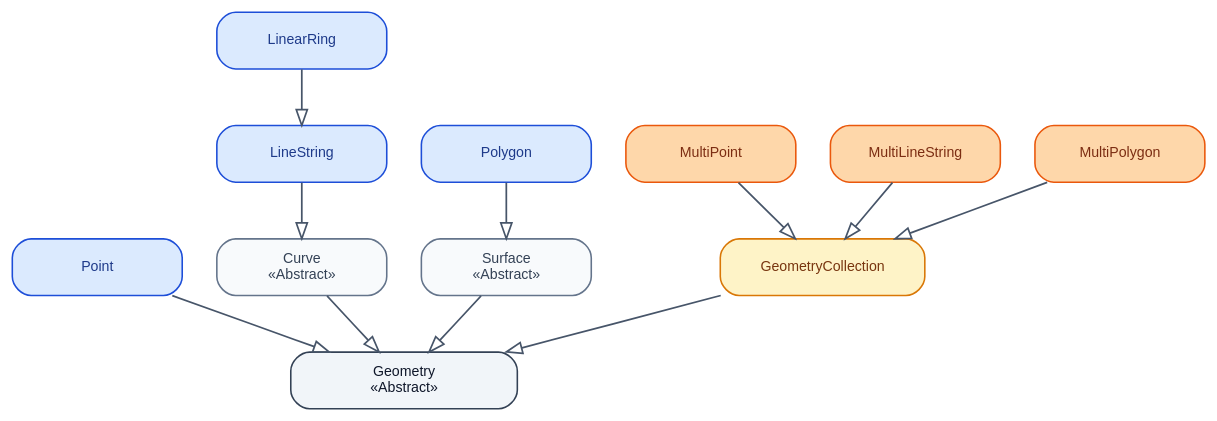
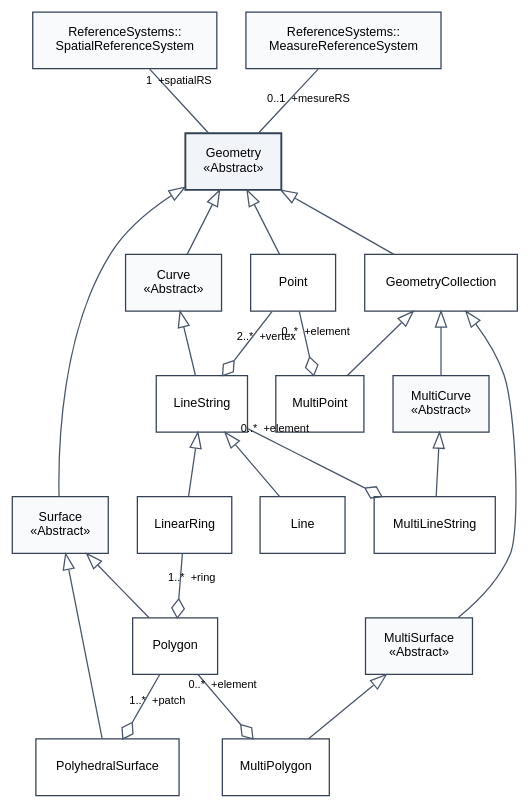
One commit to Danesvv/BDE-nestor changed the seventh of 7 diagrams in chapters/20-arquitectura_y_estandares_ogc.qmd. Above: the diagram before and after it, drawn with Graphviz. The commit also changed other lines of this file and 85 other files, not shown here.

````diff
--- a/chapters/20-arquitectura_y_estandares_ogc.qmd
+++ b/chapters/20-arquitectura_y_estandares_ogc.qmd
@@ -838,48 +1042,79 @@
 ```{dot}
-//| label: fig-jerarquia-ogc-dot
-//| fig-cap: "Jerarquía de tipos de datos geométricos según la norma OGC SFS / ISO 19125."
+//| label: fig-jerarquia-ogc-uml
+//| fig-cap: "Diagrama de clases UML para la jerarquía de geometrías según ISO 19125 / OGC Simple Feature Access."
 //| fig-align: center
 //| fig-width: 6.5
-//| fig-height: 4
+//| fig-height: 7.0
+//| out-width: "100%"
 //| echo: false
 
-digraph G {
-    graph [rankdir=TB, bgcolor="transparent", nodesep=0.3, ranksep=0.5, fontname="Helvetica"];
-    node [shape=box, style="filled,rounded", fontname="Helvetica", fontsize=9, penwidth=1.0];
-    edge [color="#475569", arrowhead=onormal, arrowsize=1.0, penwidth=1.1];
+digraph SQL_Geometry_Hierarchy {
+    graph [rankdir=BT, nodesep=0.25, ranksep=0.55, fontname="Helvetica", bgcolor="transparent"];
+    node [shape=record, fontname="Helvetica", fontsize=8, style="filled", fillcolor="#ffffff", color="#334155", penwidth=0.8];
+    edge [fontname="Helvetica", fontsize=7, color="#475569", penwidth=0.8];
 
-    // Clase Raíz Abstracta
-    root [label="Geometry\n«Abstract»", fillcolor="#f1f5f9", color="#334155", fontcolor="#0f172a", width=2.0];
+    // Sistemas de referencia espacial
+    srs [label="{ReferenceSystems::\nSpatialReferenceSystem}", fillcolor="#f8fafc"];
+    mrs [label="{ReferenceSystems::\nMeasureReferenceSystem}", fillcolor="#f8fafc"];
 
-    // Clases Intermedias Abstractas
-    point [label="Point", fillcolor="#dbeafe", color="#1d4ed8", fontcolor="#1e3a8a", width=1.5];
-    curve [label="Curve\n«Abstract»", fillcolor="#f8fafc", color="#64748b", fontcolor="#334155", width=1.5];
-    surface [label="Surface\n«Abstract»", fillcolor="#f8fafc", color="#64748b", fontcolor="#334155", width=1.5];
-    geomcoll [label="GeometryCollection", fillcolor="#fef3c7", color="#d97706", fontcolor="#78350f", width=1.8];
+    // Clase raíz
+    geom [label="{Geometry\n«Abstract»}", fillcolor="#f1f5f9", penwidth=1.2];
 
-    // Clases Derivadas Concretas
-    linestring [label="LineString", fillcolor="#dbeafe", color="#1d4ed8", fontcolor="#1e3a8a", width=1.5];
-    linearring [label="LinearRing", fillcolor="#dbeafe", color="#1d4ed8", fontcolor="#1e3a8a", width=1.5];
-    polygon [label="Polygon", fillcolor="#dbeafe", color="#1d4ed8", fontcolor="#1e3a8a", width=1.5];
+    // Nivel 1: Subclases principales
+    point [label="{Point}"];
+    curve [label="{Curve\n«Abstract»}", fillcolor="#f8fafc"];
+    surface [label="{Surface\n«Abstract»}", fillcolor="#f8fafc"];
+    geomcoll [label="{GeometryCollection}"];
 
-    // Colecciones Homogéneas Concretas
-    multipoint [label="MultiPoint", fillcolor="#fed7aa", color="#ea580c", fontcolor="#7c2d12", width=1.5];
-    multilinestring [label="MultiLineString", fillcolor="#fed7aa", color="#ea580c", fontcolor="#7c2d12", width=1.5];
-    multipolygon [label="MultiPolygon", fillcolor="#fed7aa", color="#ea580c", fontcolor="#7c2d12", width=1.5];
+    // Nivel 2: Tipos intermedios y derivados
+    linestring [label="{LineString}"];
+    polygon [label="{Polygon}"];
+    polyhedralsurface [label="{PolyhedralSurface}"];
 
-    // Relaciones de herencia (apuntando a la clase base)
-    point -> root;
-    curve -> root;
-    surface -> root;
-    geomcoll -> root;
+    multisurface [label="{MultiSurface\n«Abstract»}", fillcolor="#f8fafc"];
+    multicurve [label="{MultiCurve\n«Abstract»}", fillcolor="#f8fafc"];
+    multipoint [label="{MultiPoint}"];
+
+    // Nivel 3: Subtipos concretos de Curve y colecciones
+    line [label="{Line}"];
+    linearring [label="{LinearRing}"];
+    multipolygon [label="{MultiPolygon}"];
+    multilinestring [label="{MultiLineString}"];
+
+    // Asociaciones con SRS (con cardinalidad OGC)
+    geom -> srs [arrowhead=none, headlabel="1  +spatialRS", labeldistance=2.0];
+    geom -> mrs [arrowhead=none, headlabel="0..1  +mesureRS", labeldistance=2.0];
+
+    // Generalización / Herencia (flechas con punta triangular hacia la superclase)
+    edge [arrowhead=onormal, arrowsize=1.0];
+    point -> geom;
+    curve -> geom;
+    surface -> geom;
+    geomcoll -> geom;
 
     linestring -> curve;
+    line -> linestring;
     linearring -> linestring;
+
     polygon -> surface;
+    polyhedralsurface -> surface;
 
+    multisurface -> geomcoll;
+    multicurve -> geomcoll;
     multipoint -> geomcoll;
-    multilinestring -> geomcoll;
-    multipolygon -> geomcoll;
+
+    multipolygon -> multisurface;
+    multilinestring -> multicurve;
+
+    // Agregaciones estructurales (rombo vacío en el contenedor)
+    edge [arrowhead=none, arrowtail=odiamond, dir=back, arrowsize=1.0];
+    linestring -> point [headlabel="2..*  +vertex", labeldistance=1.7];
+    polygon -> linearring [headlabel="1..*  +ring", labeldistance=1.7];
+    polyhedralsurface -> polygon [headlabel="1..*  +patch", labeldistance=1.7];
+
+    multipoint -> point [headlabel="0..*  +element", labeldistance=1.7];
+    multilinestring -> linestring [headlabel="0..*  +element", labeldistance=1.7];
+    multipolygon -> polygon [headlabel="0..*  +element", labeldistance=1.7];
 }
 
 ```
````
